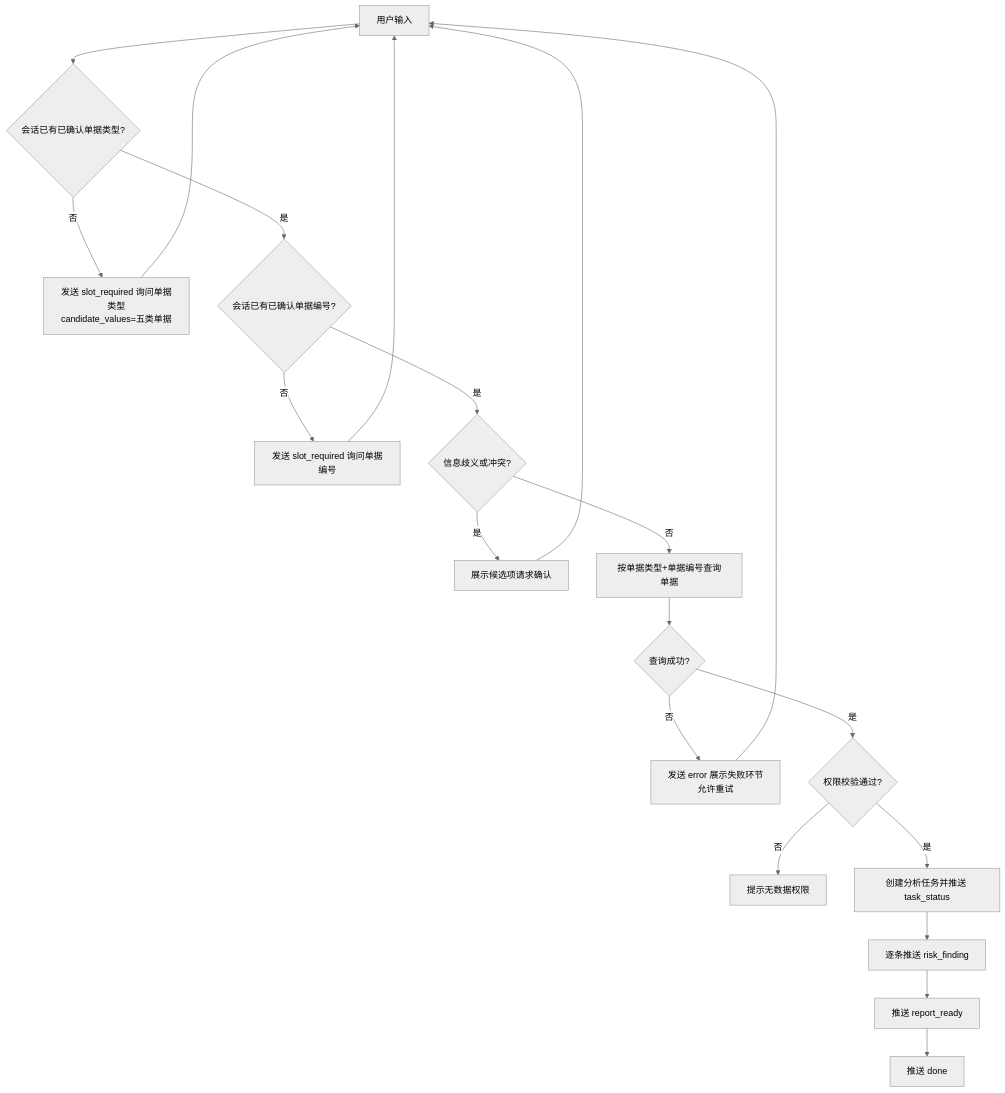
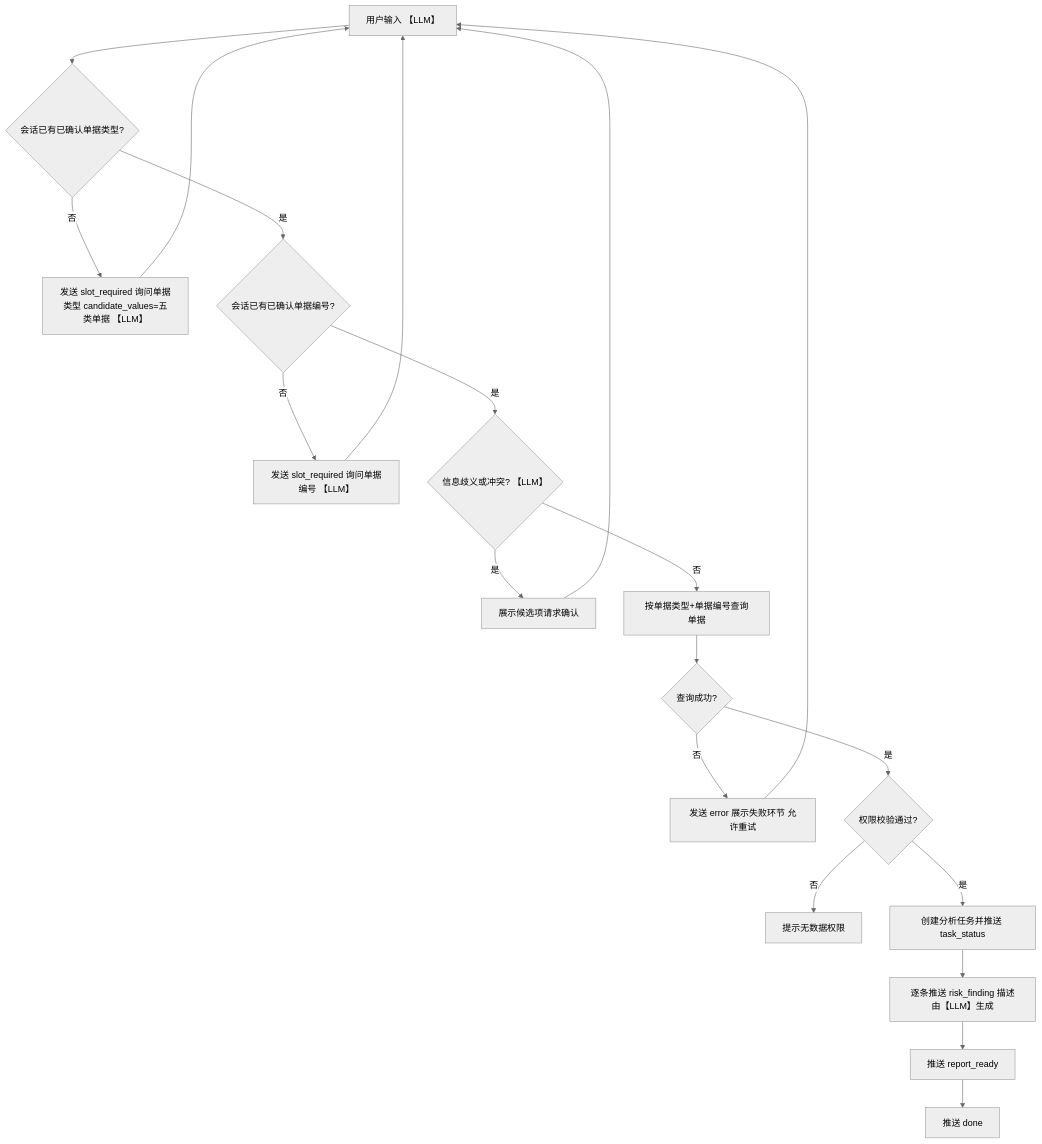
Before and after one commit to guozhiwen666/Financial-Audit: the second of 3 diagrams in docs/PRD-财务单据智能风险审核系统.md, drawn with Mermaid (neutral theme). The commit also changed other lines of this file and 21 other files, not shown here.

````diff
--- a/docs/PRD-财务单据智能风险审核系统.md
+++ b/docs/PRD-财务单据智能风险审核系统.md
@@ -379,22 +393,22 @@
 ```mermaid
 flowchart TD
-    A[用户输入] --> B{会话已有已确认单据类型?}
-    B -- 否 --> C[发送 slot_required 询问单据类型<br/>candidate_values=五类单据]
+    A[用户输入 【LLM】] --> B{会话已有已确认单据类型?}
+    B -- 否 --> C[发送 slot_required 询问单据类型 candidate_values=五类单据 【LLM】]
     C --> A
     B -- 是 --> D{会话已有已确认单据编号?}
-    D -- 否 --> E[发送 slot_required 询问单据编号]
+    D -- 否 --> E[发送 slot_required 询问单据编号 【LLM】]
     E --> A
-    D -- 是 --> F{信息歧义或冲突?}
+    D -- 是 --> F{信息歧义或冲突? 【LLM】}
     F -- 是 --> G[展示候选项请求确认]
     G --> A
     F -- 否 --> H[按单据类型+单据编号查询单据]
     H --> I{查询成功?}
-    I -- 否 --> J[发送 error 展示失败环节<br/>允许重试]
+    I -- 否 --> J[发送 error 展示失败环节 允许重试]
     J --> A
     I -- 是 --> K{权限校验通过?}
     K -- 否 --> L[提示无数据权限]
     K -- 是 --> M[创建分析任务并推送 task_status]
-    M --> N[逐条推送 risk_finding]
+    M --> N[逐条推送 risk_finding 描述由【LLM】生成]
     N --> O[推送 report_ready]
     O --> P[推送 done]
 ```
````
